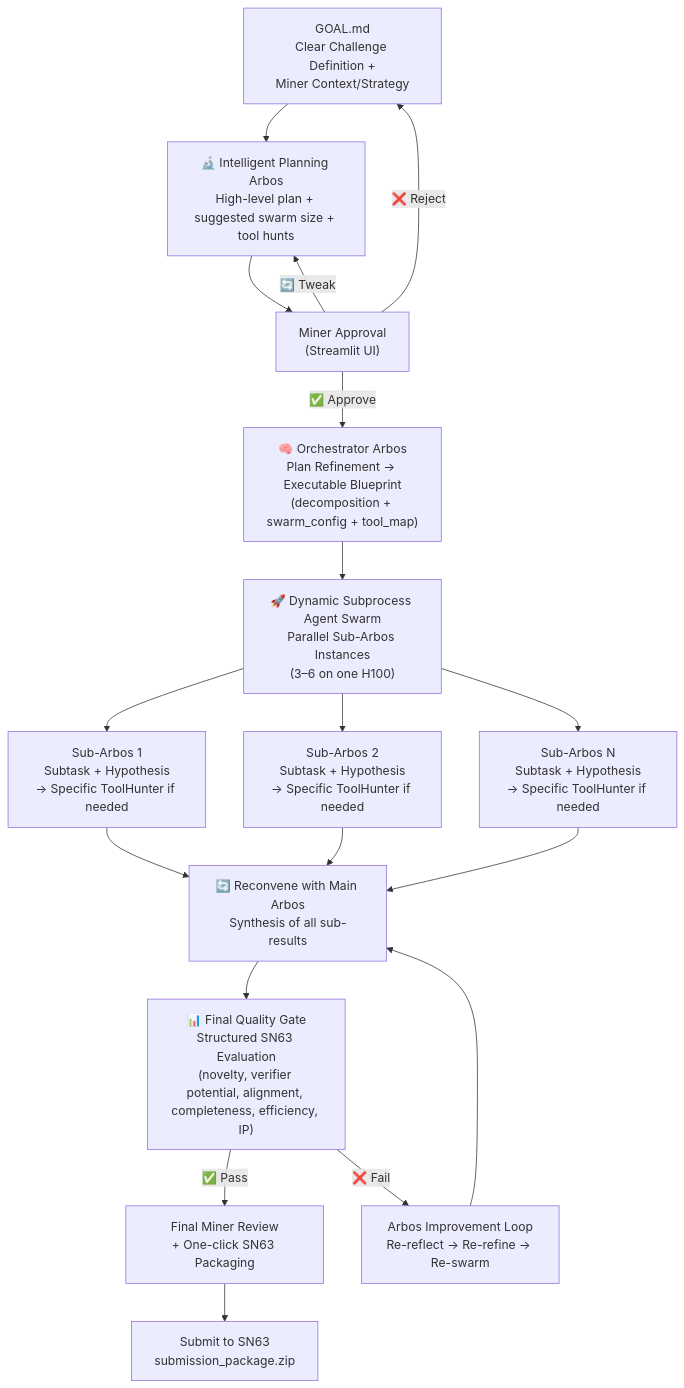
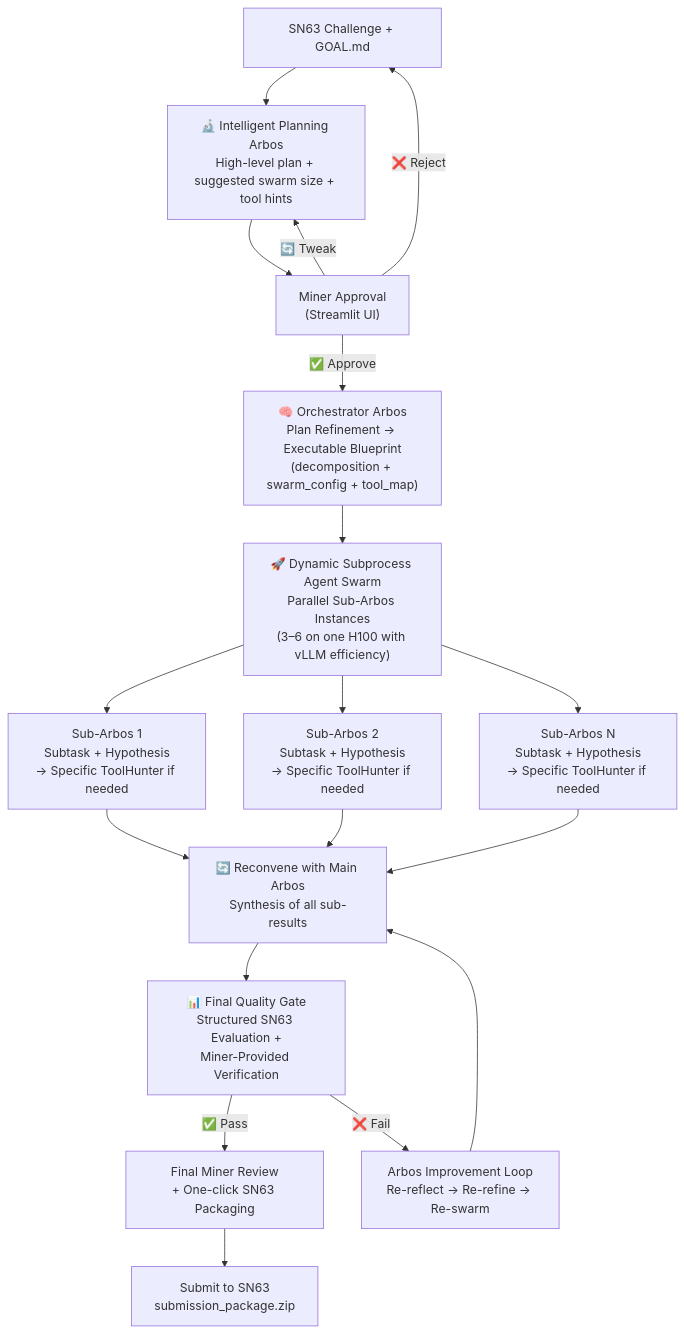
The diagram in README.md (jbequ5/SAGE-Enigma-Subnet), drawn with Mermaid before and after one commit. The commit also changed other lines of this file, not shown here.

````diff
--- a/README.md
+++ b/README.md
@@ -9,27 +9,27 @@
 ```mermaid
 flowchart TD
-    A["GOAL.md<br/>Clear Challenge Definition +<br/>Miner Context/Strategy"] 
-    --> B["🔬 Intelligent Planning Arbos<br/>High-level plan + suggested swarm size + tool hunts"]
+    A["SN63 Challenge + GOAL.md"] 
+    --> B["🔬 Intelligent Planning Arbos<br/>High-level plan + suggested swarm size + tool hints"]
 
     B --> C["Miner Approval<br/>(Streamlit UI)"]
     C -->|"✅ Approve"| D["🧠 Orchestrator Arbos<br/>Plan Refinement → Executable Blueprint<br/>(decomposition + swarm_config + tool_map)"]
     C -->|"🔄 Tweak"| B
     C -->|"❌ Reject"| A
 
-    D --> E["🚀 Dynamic Subprocess Agent Swarm<br/>Parallel Sub-Arbos Instances<br/>(3–6 on one H100)"]
+    D --> E["🚀 Dynamic Subprocess Agent Swarm<br/>Parallel Sub-Arbos Instances<br/>(3–6 on one H100 with vLLM efficiency)"]
 
     E --> F1["Sub-Arbos 1<br/>Subtask + Hypothesis<br/>→ Specific ToolHunter if needed"]
     E --> F2["Sub-Arbos 2<br/>Subtask + Hypothesis<br/>→ Specific ToolHunter if needed"]
     E --> FN["Sub-Arbos N<br/>Subtask + Hypothesis<br/>→ Specific ToolHunter if needed"]
 
     F1 & F2 & FN --> G["🔄 Reconvene with Main Arbos<br/>Synthesis of all sub-results"]
 
-    G --> H["📊 Final Quality Gate<br/>Structured SN63 Evaluation<br/>(novelty, verifier potential, alignment, completeness, efficiency, IP)"]
+    G --> H["📊 Final Quality Gate<br/>Structured SN63 Evaluation +<br/>Miner-Provided Verification"]
 
     H -->|"✅ Pass"| I["Final Miner Review<br/>+ One-click SN63 Packaging"]
     H -->|"❌ Fail"| J["Arbos Improvement Loop<br/>Re-reflect → Re-refine → Re-swarm"]
 
     J --> G
 
     I --> K["Submit to SN63<br/>submission_package.zip"]
 ```
````
